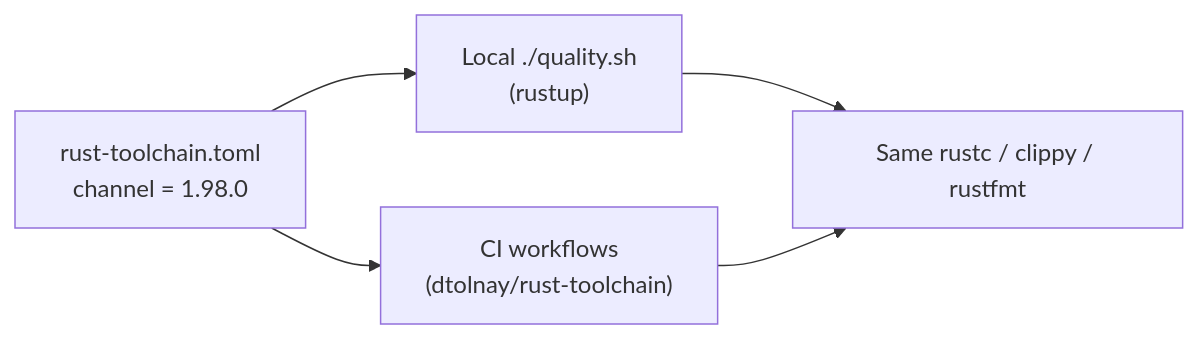
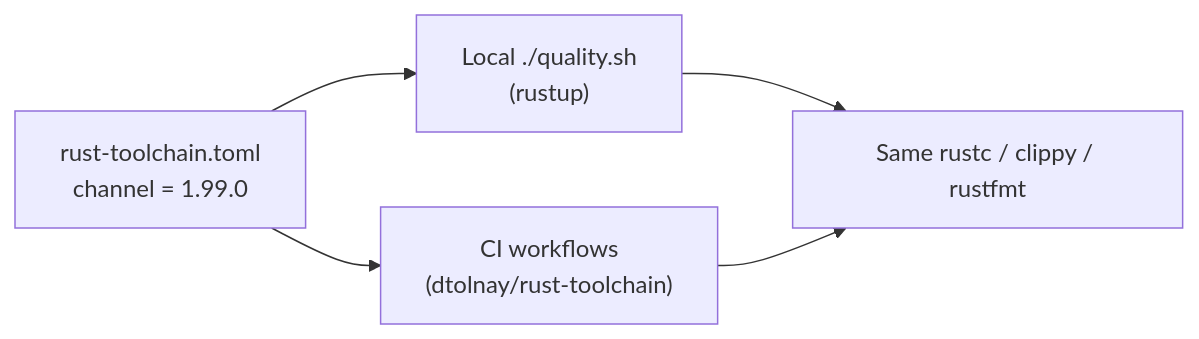
Before and after one commit to stSoftwareAU/NEAT-AI-scorer: the second of 29 diagrams in README.md, drawn with Mermaid. The commit also changed other lines of this file and 3 other files, not shown here.

First line of the commit message:
Require Rust 1.99: pin rust-toolchain.toml and declare rust-version (NEAT-AI-core#747) (#673)

````diff
--- a/README.md
+++ b/README.md
@@ -91,8 +91,8 @@
 ```mermaid
 flowchart LR
-    TC["rust-toolchain.toml<br/>channel = 1.98.0"]
+    TC["rust-toolchain.toml<br/>channel = 1.99.0"]
     TC --> L["Local ./quality.sh<br/>(rustup)"]
     TC --> C["CI workflows<br/>(dtolnay/rust-toolchain)"]
     L --> R["Same rustc / clippy / rustfmt"]
     C --> R
 ```
````
